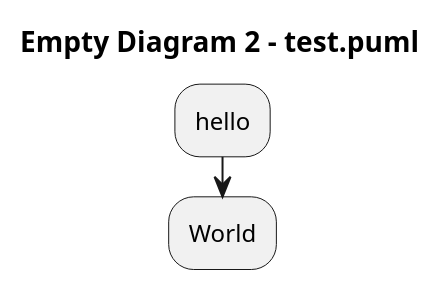
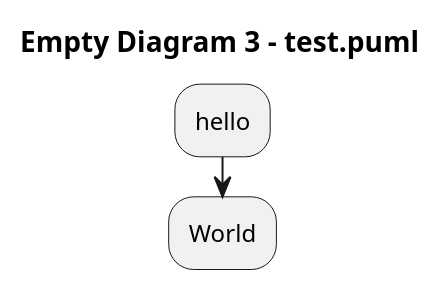
Before and after one commit to arwenvaughan/test1: the diagram in test.puml, drawn with PlantUML.

Commit message:
This commit was initiated from PlantText to edit the file test.puml only.

```diff
--- a/test.puml
+++ b/test.puml
@@ -1,7 +1,7 @@
 @startuml
 
-title Empty Diagram 2 - test.puml
+title Empty Diagram 3 - test.puml
 :hello;
 :World;
 
 @enduml
```
